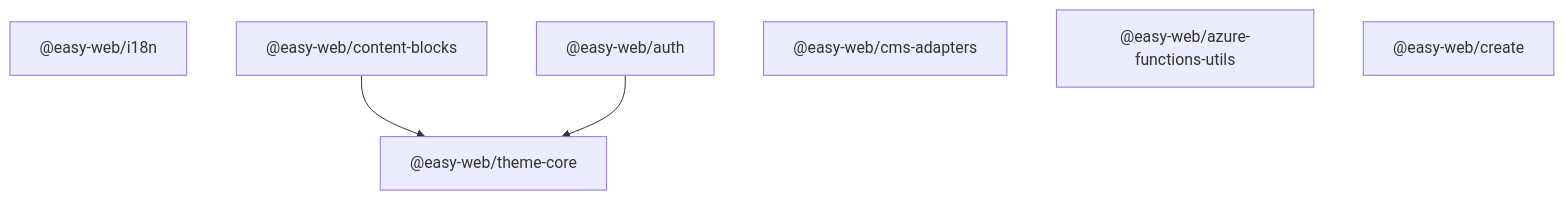
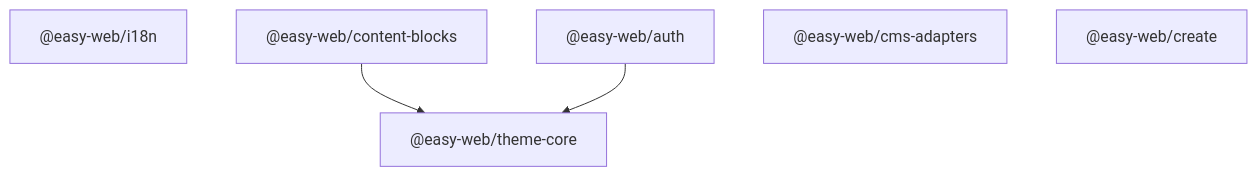
Before and after one commit to achimismaili/easy-web: the first of 2 diagrams in apps/docs/src/content/docs/architecture/index.mdx, drawn with Mermaid. The commit also changed other lines of this file and 7 other files, not shown here.

Commit message:
chore: remove the empty azure-functions-utils package

````diff
--- a/apps/docs/src/content/docs/architecture/index.mdx
+++ b/apps/docs/src/content/docs/architecture/index.mdx
@@ -26,13 +25,12 @@
 ```mermaid
 graph TD
     TC["@easy-web/theme-core"]
     I18N["@easy-web/i18n"]
     CB["@easy-web/content-blocks"]
     AUTH["@easy-web/auth"]
     CMS["@easy-web/cms-adapters"]
-    AFU["@easy-web/azure-functions-utils"]
     CLI["@easy-web/create"]
 
     CB --> TC
     AUTH --> TC
 ```
````
